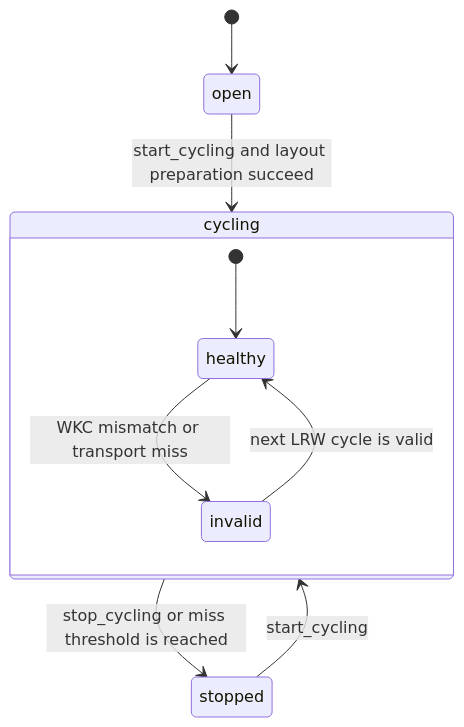
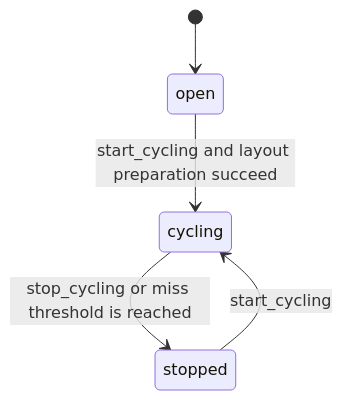
One commit to sid2baker/ethercat changed the diagram in lib/ethercat/domain.md. Above: the diagram before and after it, drawn with Mermaid. The commit also changed other lines of this file and 7 other files, not shown here.

````diff
--- a/lib/ethercat/domain.md
+++ b/lib/ethercat/domain.md
@@ -19,13 +29,7 @@
 ```mermaid
 stateDiagram-v2
     [*] --> open
     open --> cycling: start_cycling and layout preparation succeed
     cycling --> stopped: stop_cycling or miss threshold is reached
     stopped --> cycling: start_cycling
-
-    state cycling {
-        [*] --> healthy
-        healthy --> invalid: WKC mismatch or transport miss
-        invalid --> healthy: next LRW cycle is valid
-    }
 ```
````
